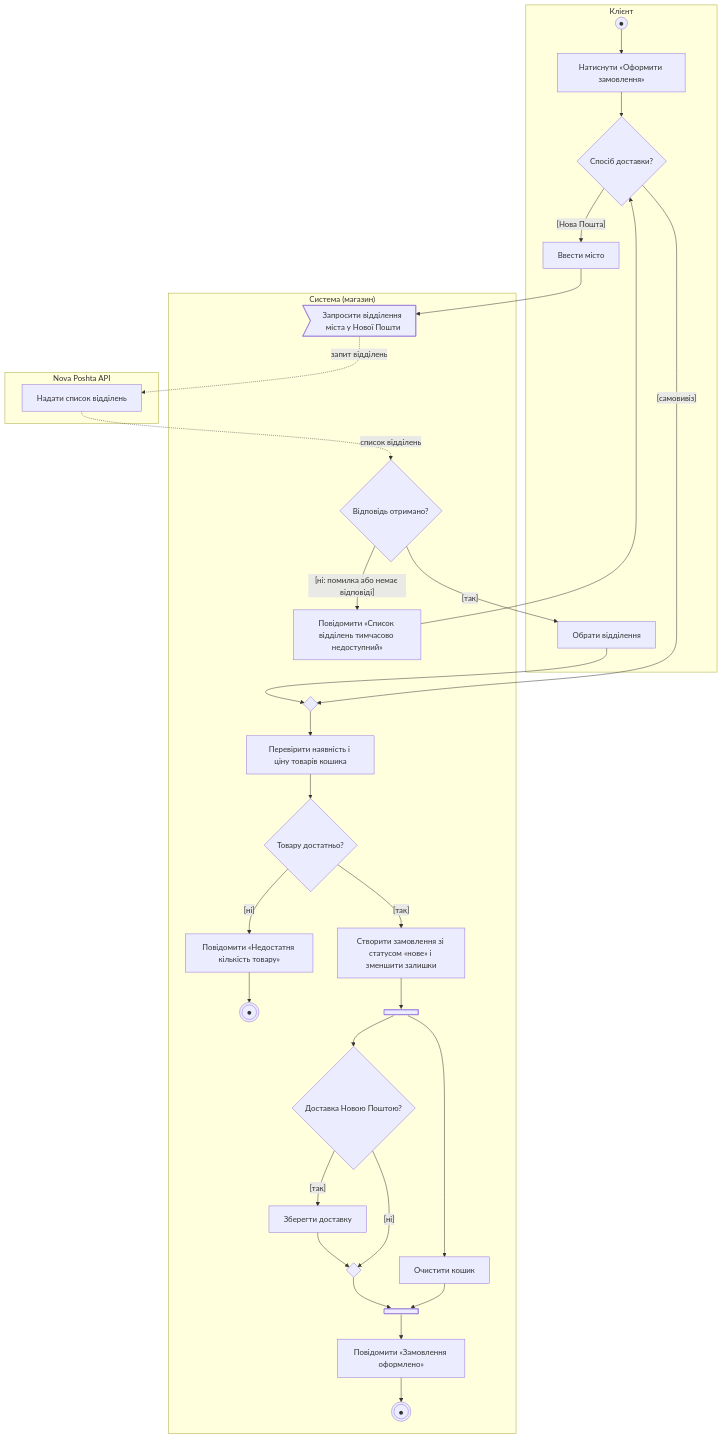
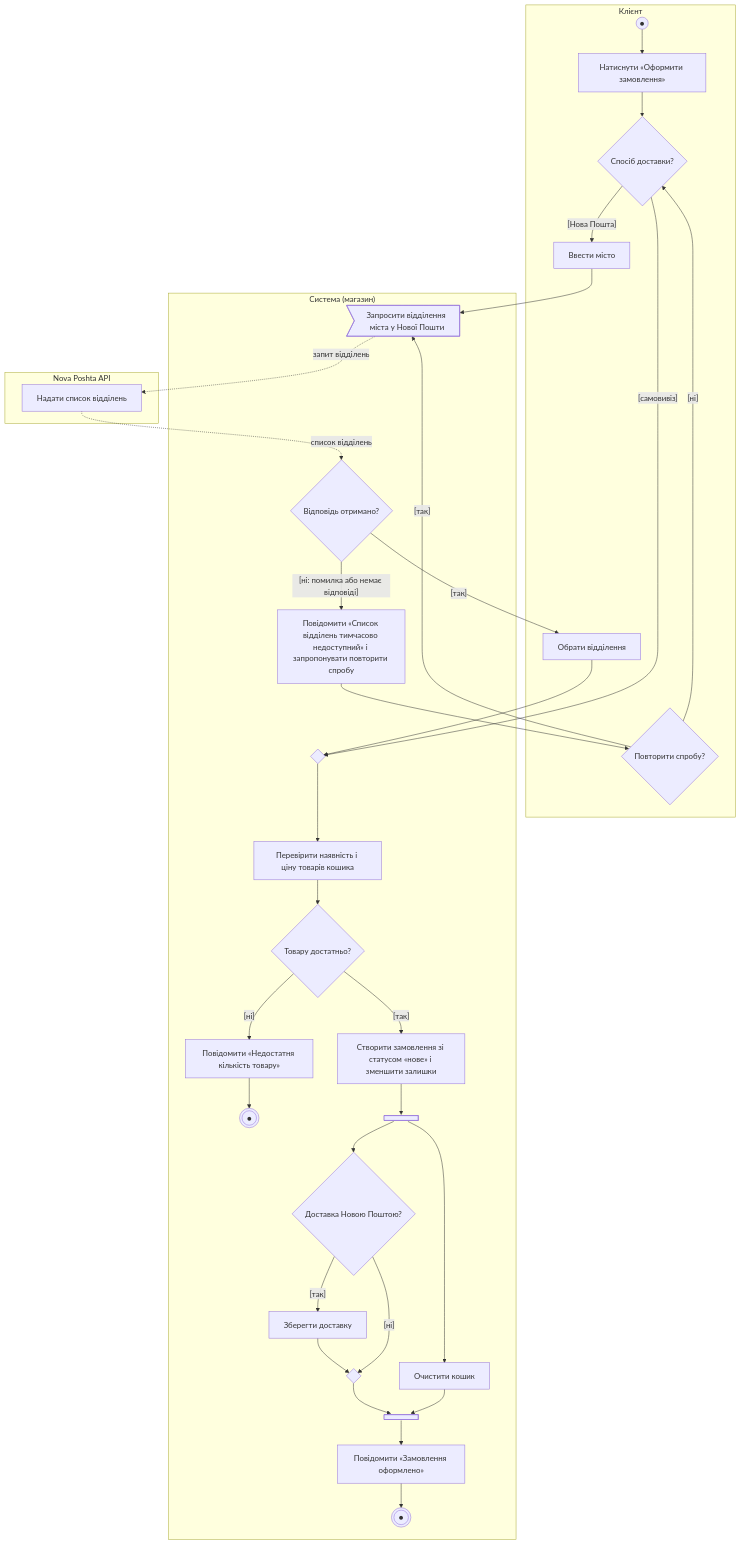
Before and after one commit to AlegZabivnoy/Software-engineering-components-2-: the diagram in Diagrams/activity-uc03.mmd, drawn with Mermaid. The commit also changed 1 other file, not shown here.

```diff
--- a/Diagrams/activity-uc03.mmd
+++ b/Diagrams/activity-uc03.mmd
@@ -1,50 +1,53 @@
 flowchart TB
     subgraph CL["Клієнт"]
         start(("●"))
         A1["Натиснути «Оформити замовлення»"]
         D1{"Спосіб доставки?"}
         A2["Ввести місто"]
         A3["Обрати відділення"]
+        D5{"Повторити спробу?"}
     end
 
     subgraph SYS["Система (магазин)"]
         S1>"Запросити відділення міста у Нової Пошти"]
         D2{"Відповідь отримано?"}
-        S2["Повідомити «Список відділень тимчасово недоступний»"]
+        S2["Повідомити «Список відділень тимчасово недоступний» і запропонувати повторити спробу"]
         M1{" "}
         S3["Перевірити наявність і ціну товарів кошика"]
         D3{"Товару достатньо?"}
         S4["Повідомити «Недостатня кількість товару»"]
         endFail((("●")))
         S5["Створити замовлення зі статусом «нове» і зменшити залишки"]
         F1@{ shape: fork, label: " " }
         D4{"Доставка Новою Поштою?"}
         S6["Зберегти доставку"]
         M2{" "}
         S7["Очистити кошик"]
         J1@{ shape: fork, label: " " }
         S8["Повідомити «Замовлення оформлено»"]
         endOk((("●")))
     end
 
     subgraph NP["Nova Poshta API"]
         N1["Надати список відділень"]
     end
 
     start --> A1 --> D1
     D1 -- "[Нова Пошта]" --> A2 --> S1
     S1 -. "запит відділень" .-> N1
     N1 -. "список відділень" .-> D2
     D2 -- "[так]" --> A3 --> M1
-    D2 -- "[ні: помилка або немає відповіді]" --> S2 --> D1
+    D2 -- "[ні: помилка або немає відповіді]" --> S2 --> D5
+    D5 -- "[так]" --> S1
+    D5 -- "[ні]" --> D1
     D1 -- "[самовивіз]" --> M1
     M1 --> S3 --> D3
     D3 -- "[ні]" --> S4 --> endFail
     D3 -- "[так]" --> S5 --> F1
     F1 --> D4
     D4 -- "[так]" --> S6 --> M2
     D4 -- "[ні]" --> M2
     F1 --> S7
     M2 --> J1
     S7 --> J1
     J1 --> S8 --> endOk
```
